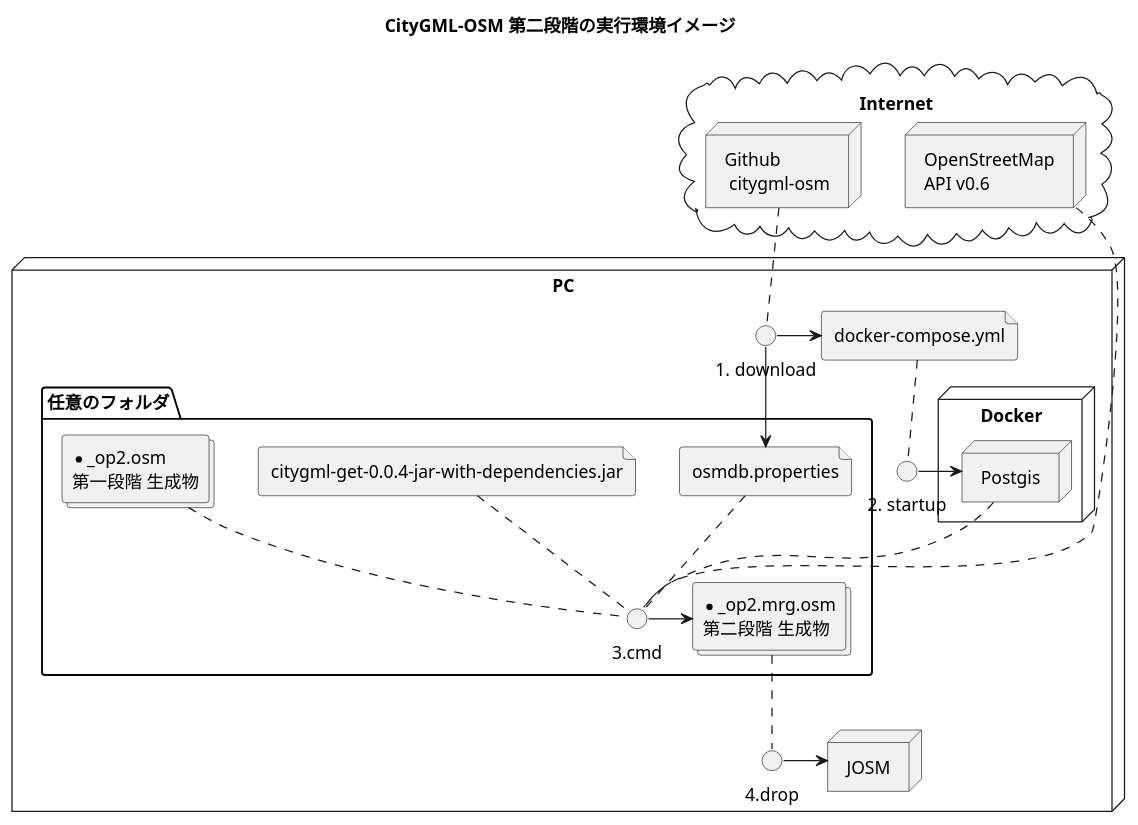
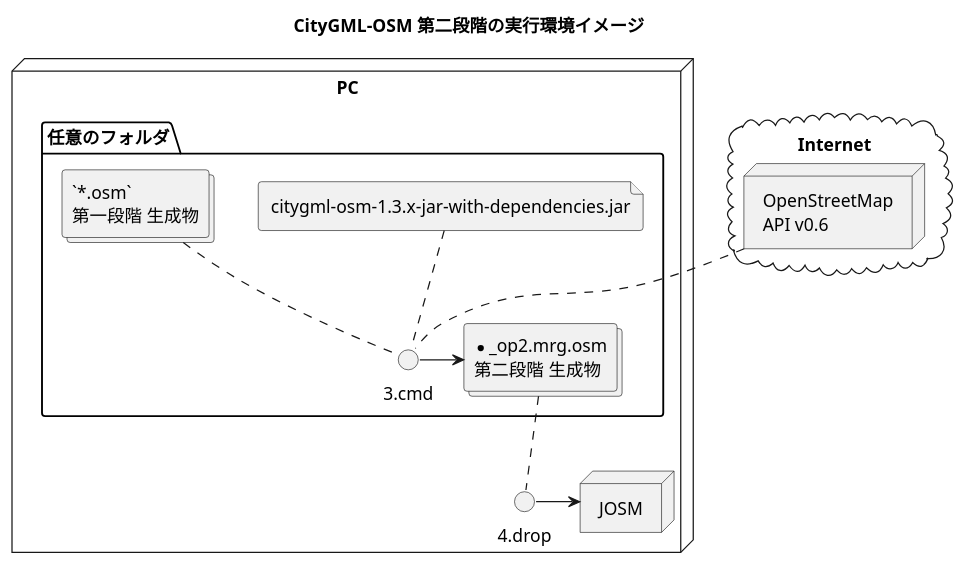
One commit to yuuhayashi/citygml-osm changed the diagram in doc/startup2nd.pu. Above: the diagram before and after it, drawn with PlantUML. The commit also changed 4 other files, not shown here.

```diff
--- a/doc/startup2nd.pu
+++ b/doc/startup2nd.pu
@@ -1,48 +1,28 @@
 @startuml
 title CityGML-OSM 第二段階の実行環境イメージ
 
 cloud Internet {
  node "OpenStreetMap\nAPI v0.6" as osmapi
- node "Github\n citygml-osm" as github
 }
 
 node PC {
- node Docker {
-  node "Postgis" as postgis
- }
-
- () "1. download" as download
- github .. download
-
- file "docker-compose.yml" as yml
- download -> yml
-
- () "2. startup" as startup
- yml .. startup
- startup -> postgis
-
  folder 任意のフォルダ {
-  file "osmdb.properties" as prop
-  download --> prop
-  
-  file "citygml-get-0.0.4-jar-with-dependencies.jar" as jar
-  collections "*_op2.osm\n第一段階 生成物" as osm
+  file "citygml-osm-1.3.x-jar-with-dependencies.jar" as jar
+  collections "`*.osm`\n第一段階 生成物" as osm
  
   () "3.cmd" as cmd
   jar .. cmd
   osm .. cmd
-  prop .. cmd
   osmapi .. cmd
-  postgis .. cmd
  
   collections "*_op2.mrg.osm\n第二段階 生成物" as mrg
   cmd -> mrg
  }
 
  () "4.drop" as drop
  node JOSM
 }
 
 mrg .. drop
 drop -> JOSM
 @enduml
```
